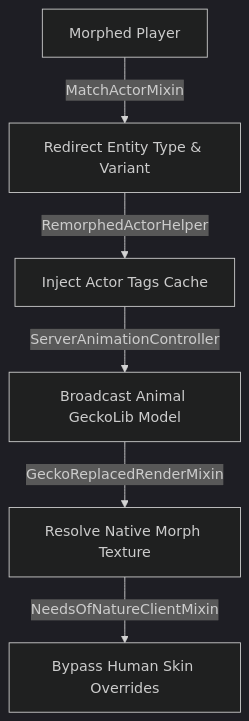
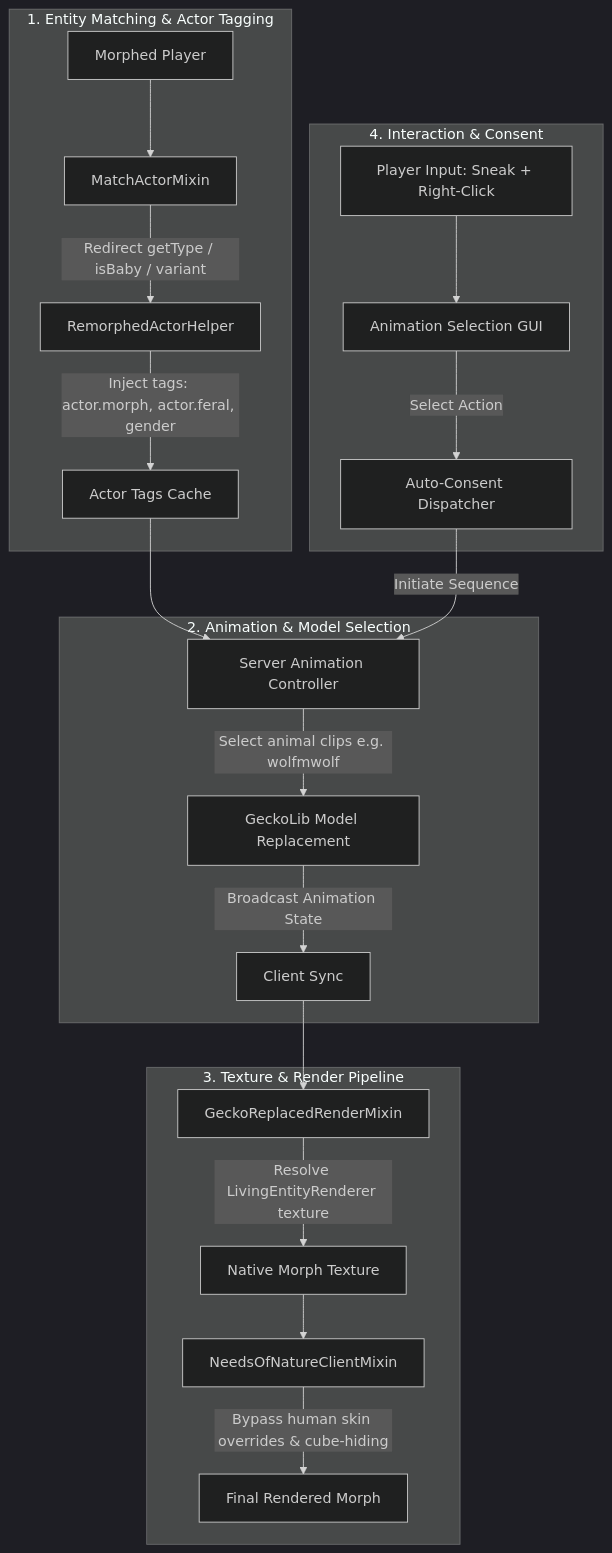
Before and after one commit to DeconstructedCube/non_identity2_bridge: the diagram in README.md, drawn with Mermaid (dark theme). The commit also changed other lines of this file, not shown here.

Commit message:
docs: update architecture pipeline to structured subsystem breakdown

````diff
--- a/README.md
+++ b/README.md
@@ -25,8 +19,27 @@
 ```mermaid
 graph TD
-    Player[Morphed Player] --> |MatchActorMixin| Type[Redirect Entity Type & Variant]
-    Type --> |RemorphedActorHelper| Tags[Inject Actor Tags Cache]
-    Tags --> |ServerAnimationController| Broadcast[Broadcast Animal GeckoLib Model]
-    Broadcast --> |GeckoReplacedRenderMixin| Texture[Resolve Native Morph Texture]
-    Texture --> |NeedsOfNatureClientMixin| Render[Bypass Human Skin Overrides]
+    subgraph EntityMatching [1. Entity Matching & Actor Tagging]
+        A[Morphed Player] --> B[MatchActorMixin]
+        B -->|Redirect getType / isBaby / variant| C[RemorphedActorHelper]
+        C -->|Inject tags: actor.morph, actor.feral, gender| D[Actor Tags Cache]
+    end
+
+    subgraph AnimationLayer [2. Animation & Model Selection]
+        D --> E[Server Animation Controller]
+        E -->|Select animal clips e.g. wolfmwolf| F[GeckoLib Model Replacement]
+        F -->|Broadcast Animation State| G[Client Sync]
+    end
+
+    subgraph RenderPipeline [3. Texture & Render Pipeline]
+        G --> H[GeckoReplacedRenderMixin]
+        H -->|Resolve LivingEntityRenderer texture| I[Native Morph Texture]
+        I --> J[NeedsOfNatureClientMixin]
+        J -->|Bypass human skin overrides & cube-hiding| K[Final Rendered Morph]
+    end
+
+    subgraph InteractionSystem [4. Interaction & Consent]
+        L[Player Input: Sneak + Right-Click] --> M[Animation Selection GUI]
+        M -->|Select Action| N[Auto-Consent Dispatcher]
+        N -->|Initiate Sequence| E
+    end
 ```
````
